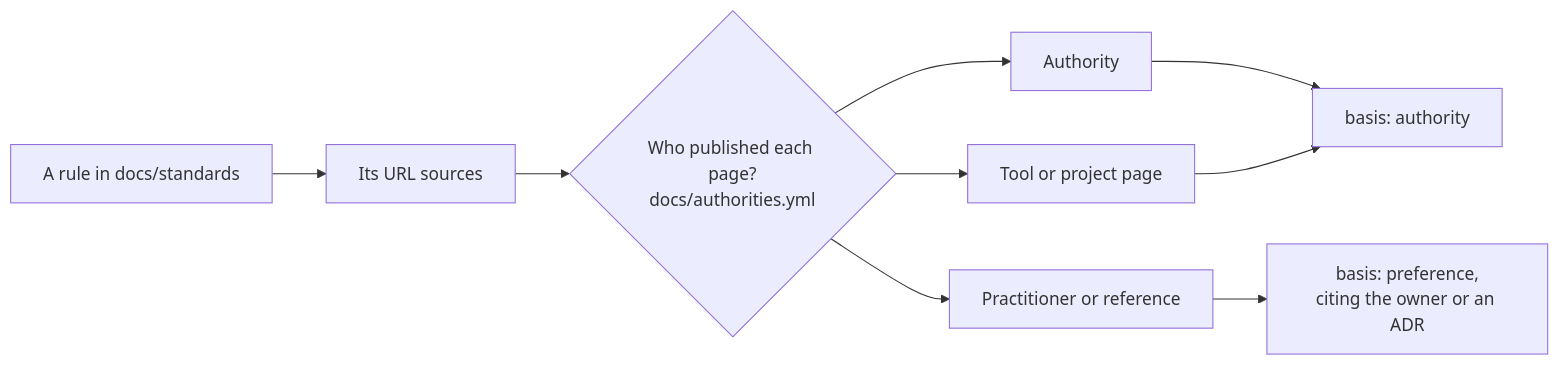
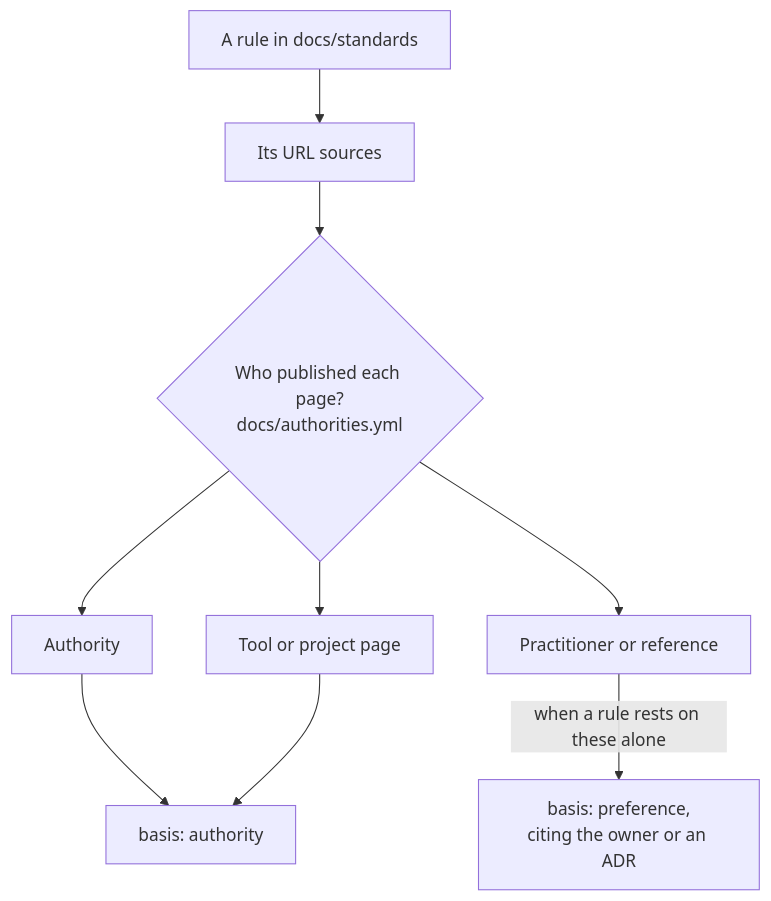
One commit to DerekFoulk/dotnet-agent-kit changed the diagram in docs/authorities.md. Above: the diagram before and after it, drawn with Mermaid. The commit also changed 5 other files, not shown here.

First line of the commit message:
docs: answer the docs review: honest status, the true flows, terms explained

````diff
--- a/docs/authorities.md
+++ b/docs/authorities.md
@@ -13,13 +13,13 @@
 ```mermaid
-flowchart LR
+flowchart TB
     accTitle: How a rule's source decides its basis
     accDescr: A rule cites pages. Each page is classed by its publisher, as an authority, a tool or project page, or a practitioner or reference. A rule whose basis is authority must cite at least one page from an authority or a tool or project page, or the check fails. A rule resting only on practitioners is a preference, and cites the owner or an ADR.
     R["A rule in docs/standards"] --> S["Its URL sources"]
     S --> C{"Who published each page?<br/>docs/authorities.yml"}
     C --> AU["Authority"]
     C --> PJ["Tool or project page"]
     C --> PR["Practitioner or reference"]
     AU --> BA["basis: authority"]
     PJ --> BA
-    PR --> BP["basis: preference,<br/>citing the owner or an ADR"]
+    PR -- "when a rule rests on these alone" --> BP["basis: preference,<br/>citing the owner or an ADR"]
 ```
````
